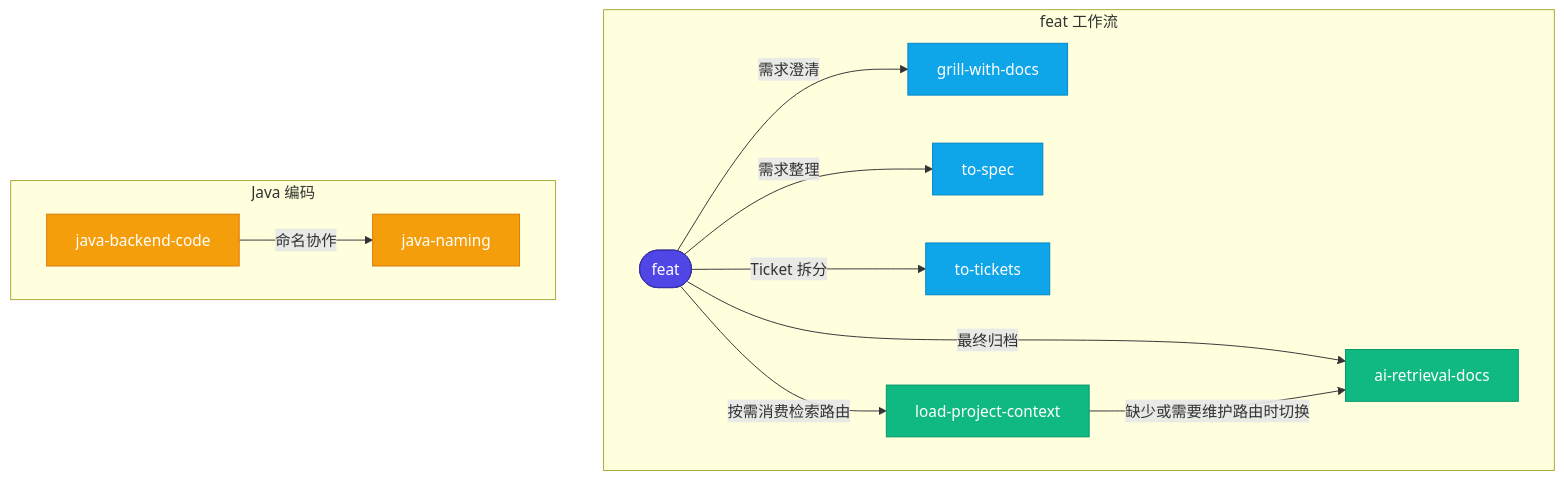
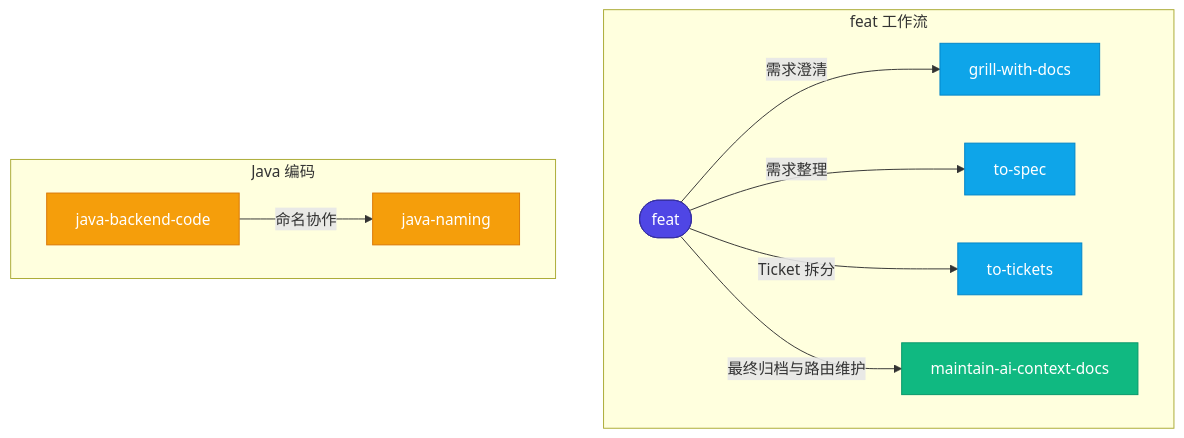
One commit to mofan212/codex-profile changed the first of 3 diagrams in README.md. Above: the diagram before and after it, drawn with Mermaid. The commit also changed other lines of this file and 25 other files, not shown here.

Commit message:
skills: 移除 load-project-context，将 ai-retrieval-docs 更名为 maintain-ai-context-docs 并增强路由维护

````diff
--- a/README.md
+++ b/README.md
@@ -50,33 +50,29 @@
 ```mermaid
 flowchart TD
     subgraph feat_workflow ["feat 工作流"]
         feat(["feat"])
         grillWithDocs["grill-with-docs"]
         toSpec["to-spec"]
         toTickets["to-tickets"]
-        loadProjectContext["load-project-context"]
-        aiRetrievalDocs["ai-retrieval-docs"]
+        maintainAiContextDocs["maintain-ai-context-docs"]
     end
 
     subgraph java_coding ["Java 编码"]
         javaBackendCode["java-backend-code"]
         javaNaming["java-naming"]
     end
 
     feat -->|需求澄清| grillWithDocs
     feat -->|需求整理| toSpec
     feat -->|Ticket 拆分| toTickets
-    feat -->|按需消费检索路由| loadProjectContext
-    feat -->|最终归档| aiRetrievalDocs
-    loadProjectContext -->|缺少或需要维护路由时切换| aiRetrievalDocs
+    feat -->|最终归档与路由维护| maintainAiContextDocs
     javaBackendCode -->|命名协作| javaNaming
 
     style feat fill:#4f46e5,color:#fff,stroke:#3730a3
     style grillWithDocs fill:#0ea5e9,color:#fff,stroke:#0284c7
     style toSpec fill:#0ea5e9,color:#fff,stroke:#0284c7
     style toTickets fill:#0ea5e9,color:#fff,stroke:#0284c7
-    style loadProjectContext fill:#10b981,color:#fff,stroke:#059669
-    style aiRetrievalDocs fill:#10b981,color:#fff,stroke:#059669
+    style maintainAiContextDocs fill:#10b981,color:#fff,stroke:#059669
     style javaBackendCode fill:#f59e0b,color:#fff,stroke:#d97706
     style javaNaming fill:#f59e0b,color:#fff,stroke:#d97706
 ```
````
